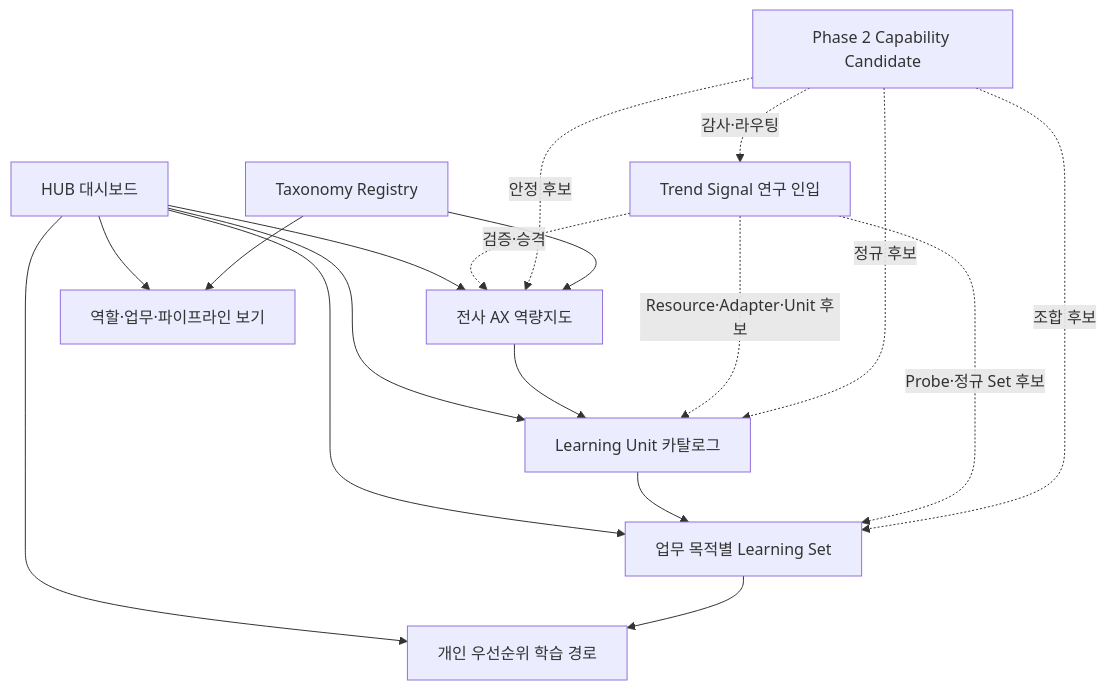
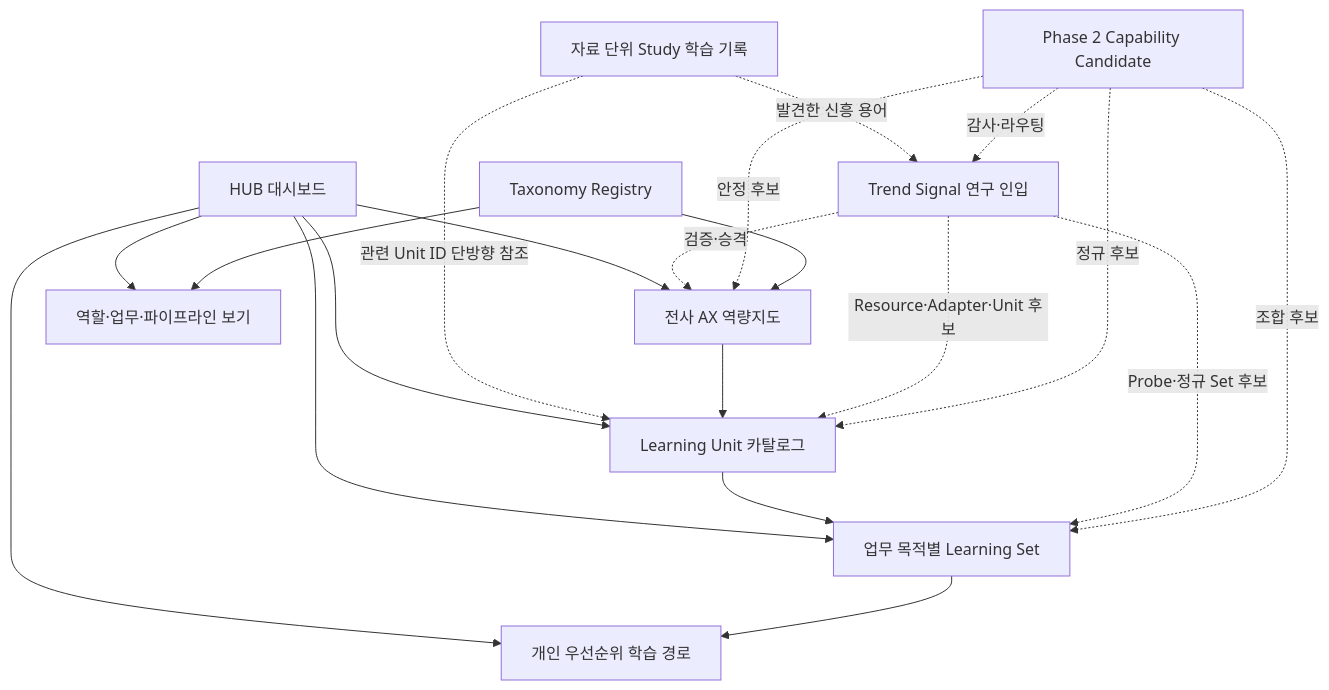
One commit to gorhkdwj/ax-learning-system changed the diagram in docs/architecture/learning-system.md. Above: the diagram before and after it, drawn with Mermaid. The commit also changed other lines of this file and 14 other files, not shown here.

````diff
--- a/docs/architecture/learning-system.md
+++ b/docs/architecture/learning-system.md
@@ -10,21 +10,24 @@
 ```mermaid
 flowchart TD
     T[Taxonomy Registry] --> A[전사 AX 역량지도]
     T --> V[역할·업무·파이프라인 보기]
     Q[Phase 2 Capability Candidate] -. 감사·라우팅 .-> S[Trend Signal 연구 인입]
     Q -. 안정 후보 .-> A[전사 AX 역량지도]
     Q -. 정규 후보 .-> B[Learning Unit 카탈로그]
     Q -. 조합 후보 .-> C[업무 목적별 Learning Set]
     S[Trend Signal 연구 인입] -. 검증·승격 .-> A[전사 AX 역량지도]
     S -. Resource·Adapter·Unit 후보 .-> B[Learning Unit 카탈로그]
     S -. Probe·정규 Set 후보 .-> C[업무 목적별 Learning Set]
     A[전사 AX 역량지도] --> B[Learning Unit 카탈로그]
     B --> C[업무 목적별 Learning Set]
     C --> D[개인 우선순위 학습 경로]
 
+    ST[자료 단위 Study 학습 기록] -. 관련 Unit ID 단방향 참조 .-> B
+    ST -. 발견한 신흥 용어 .-> S
+
     H[HUB 대시보드] --> A
     H --> B
     H --> C
     H --> D
     H --> V
 ```
````
